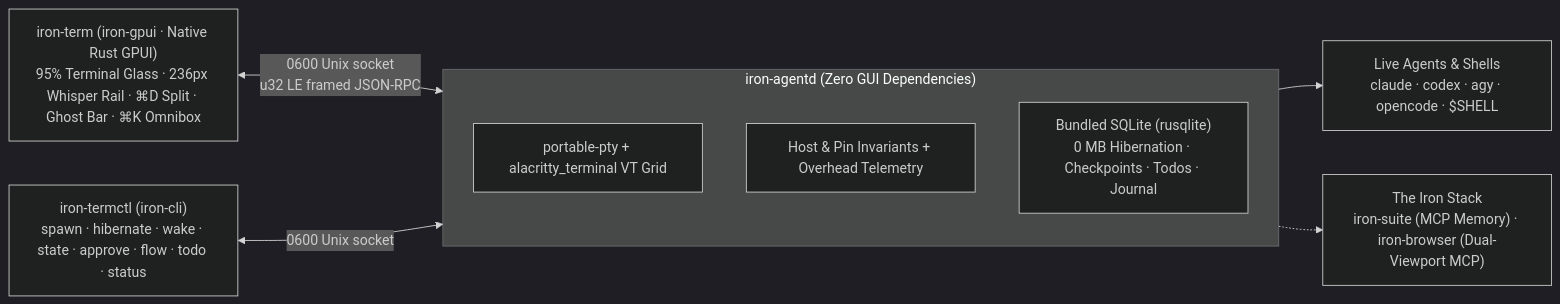
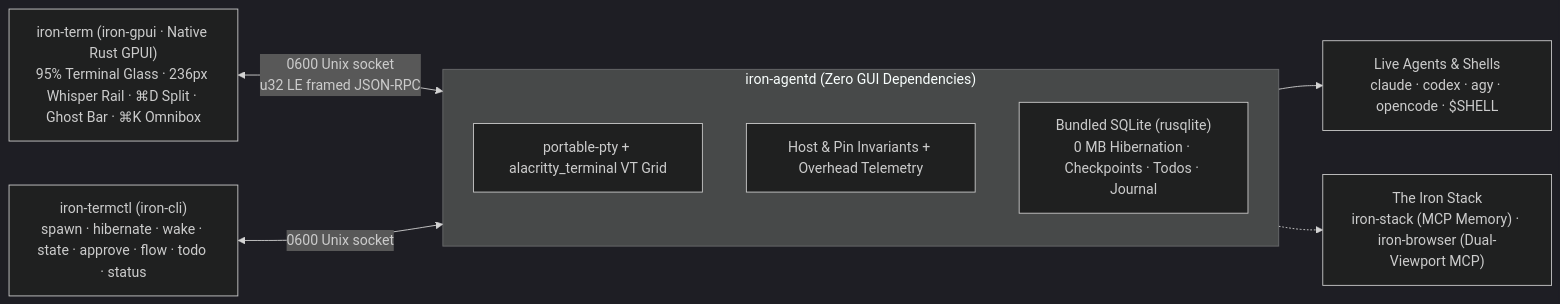
Before and after one commit to arielonoriaga/iron-suite: the diagram in packages/iron-term/README.md, drawn with Mermaid (dark theme). The commit also changed other lines of this file and 31 other files, not shown here.

First line of the commit message:
feat(memory)!: relabel session history as history and rename iron-suite to iron-stack

````diff
--- a/packages/iron-term/README.md
+++ b/packages/iron-term/README.md
@@ -43,17 +43,17 @@
 ```mermaid
 flowchart LR
   UI["iron-term (iron-gpui · Native Rust GPUI)<br/>95% Terminal Glass · 236px Whisper Rail · ⌘D Split · Ghost Bar · ⌘K Omnibox"]
   CLI["iron-termctl (iron-cli)<br/>spawn · hibernate · wake · state · approve · flow · todo · status"]
 
   UI <-->|"0600 Unix socket<br/>u32 LE framed JSON-RPC"| DAEMON["iron-agentd (Headless Rust Daemon)"]
   CLI <-->|"0600 Unix socket"| DAEMON
 
   subgraph DAEMON["iron-agentd (Zero GUI Dependencies)"]
     PTY["portable-pty + alacritty_terminal VT Grid"]
     INV["Host & Pin Invariants + Overhead Telemetry"]
     SQL["Bundled SQLite (rusqlite)<br/>0 MB Hibernation · Checkpoints · Todos · Journal"]
   end
 
   DAEMON --> AGENTS["Live Agents & Shells<br/>claude · codex · agy · opencode · $SHELL"]
-  DAEMON -.-> STACK["The Iron Stack<br/>iron-suite (MCP Memory) · iron-browser (Dual-Viewport MCP)"]
+  DAEMON -.-> STACK["The Iron Stack<br/>iron-stack (MCP Memory) · iron-browser (Dual-Viewport MCP)"]
 ```
````
